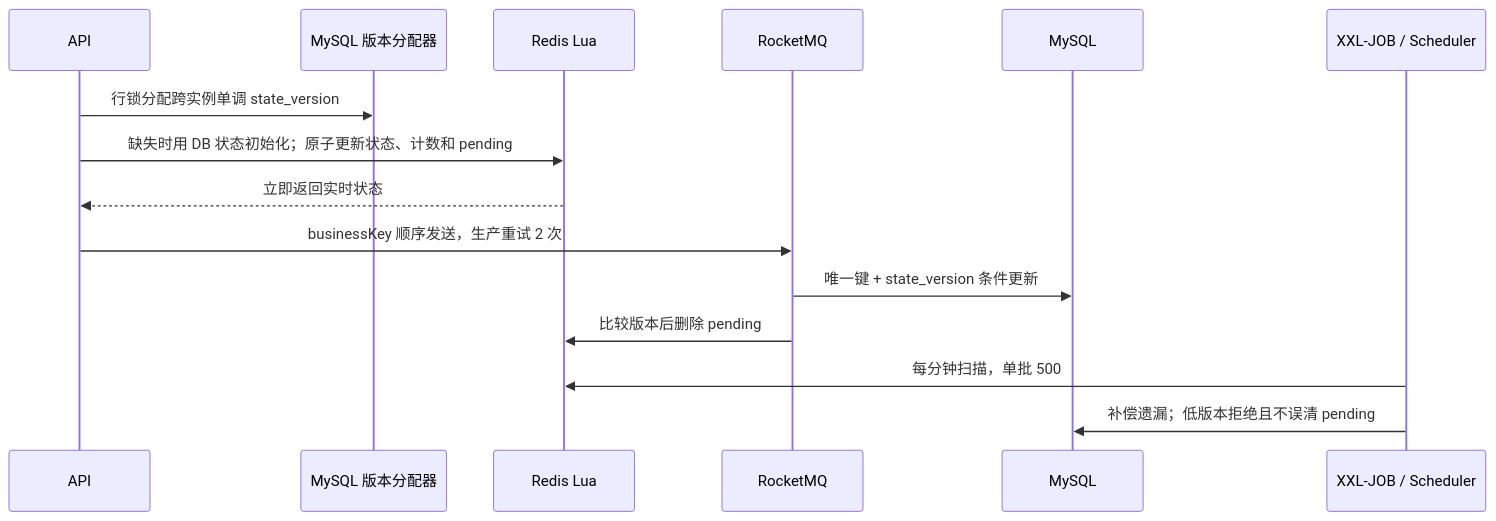
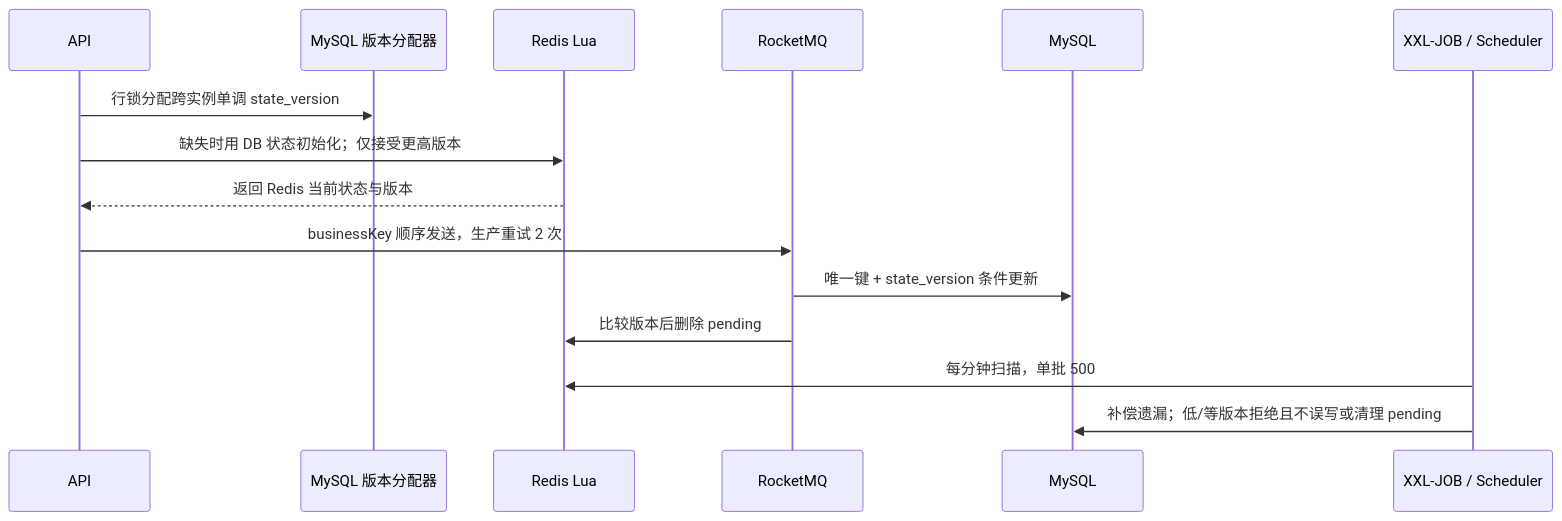
One commit to xianspiderman/dyh-interview-club changed the third of 3 diagrams in README.md. Above: the diagram before and after it, drawn with Mermaid. The commit also changed other lines of this file and 14 other files, not shown here.

````diff
--- a/README.md
+++ b/README.md
@@ -95,17 +95,17 @@
 ```mermaid
 sequenceDiagram
     participant A as API
     participant V as MySQL 版本分配器
     participant R as Redis Lua
     participant M as RocketMQ
     participant D as MySQL
     participant J as XXL-JOB / Scheduler
     A->>V: 行锁分配跨实例单调 state_version
-    A->>R: 缺失时用 DB 状态初始化；原子更新状态、计数和 pending
-    R-->>A: 立即返回实时状态
+    A->>R: 缺失时用 DB 状态初始化；仅接受更高版本
+    R-->>A: 返回 Redis 当前状态与版本
     A->>M: businessKey 顺序发送，生产重试 2 次
     M->>D: 唯一键 + state_version 条件更新
     M->>R: 比较版本后删除 pending
     J->>R: 每分钟扫描，单批 500
-    J->>D: 补偿遗漏；低版本拒绝且不误清 pending
+    J->>D: 补偿遗漏；低/等版本拒绝且不误写或清理 pending
 ```
````
